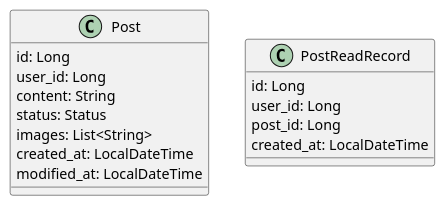
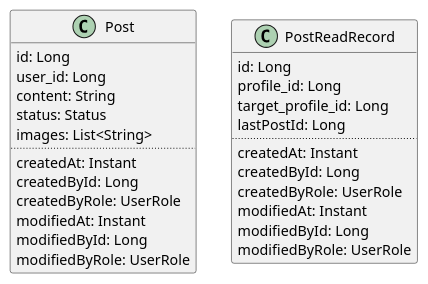
One commit to sweav-org/sweav-uml changed the diagram in class/feed/post.puml. Above: the diagram before and after it, drawn with PlantUML. The commit also changed 3 other files, not shown here.

Commit message:
피드 ERD 및 클래스 다이어그램 수정

```diff
--- a/class/feed/post.puml
+++ b/class/feed/post.puml
@@ -1,20 +1,32 @@
 @startuml
 
 class Post {
   id: Long
   user_id: Long
   content: String
   status: Status
   images: List<String>
-  created_at: LocalDateTime
-  modified_at: LocalDateTime
+  ..
+  createdAt: Instant
+  createdById: Long
+  createdByRole: UserRole
+  modifiedAt: Instant
+  modifiedById: Long
+  modifiedByRole: UserRole
 }
 
 class PostReadRecord {
   id: Long
-  user_id: Long
-  post_id: Long
-  created_at: LocalDateTime
+  profile_id: Long
+  target_profile_id: Long
+  lastPostId: Long
+  ..
+  createdAt: Instant
+  createdById: Long
+  createdByRole: UserRole
+  modifiedAt: Instant
+  modifiedById: Long
+  modifiedByRole: UserRole
 }
 
 @enduml
```
